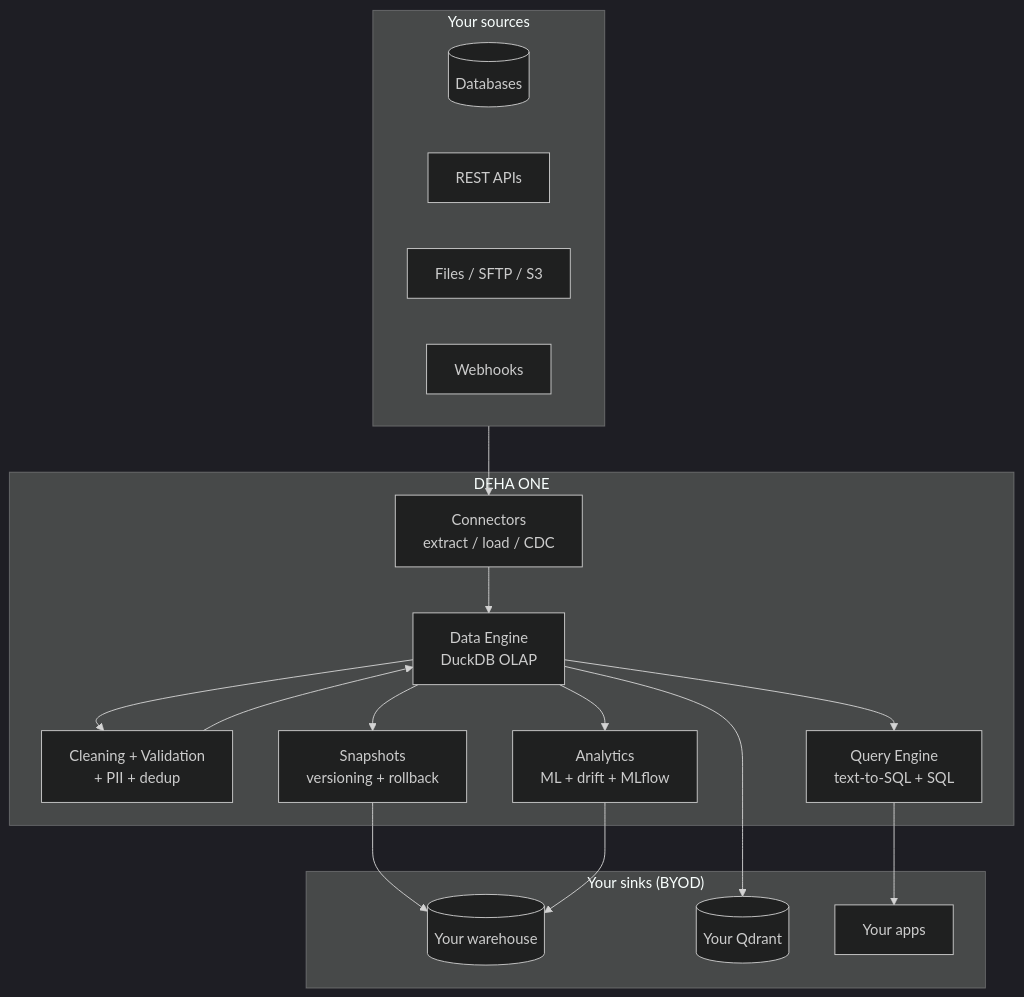
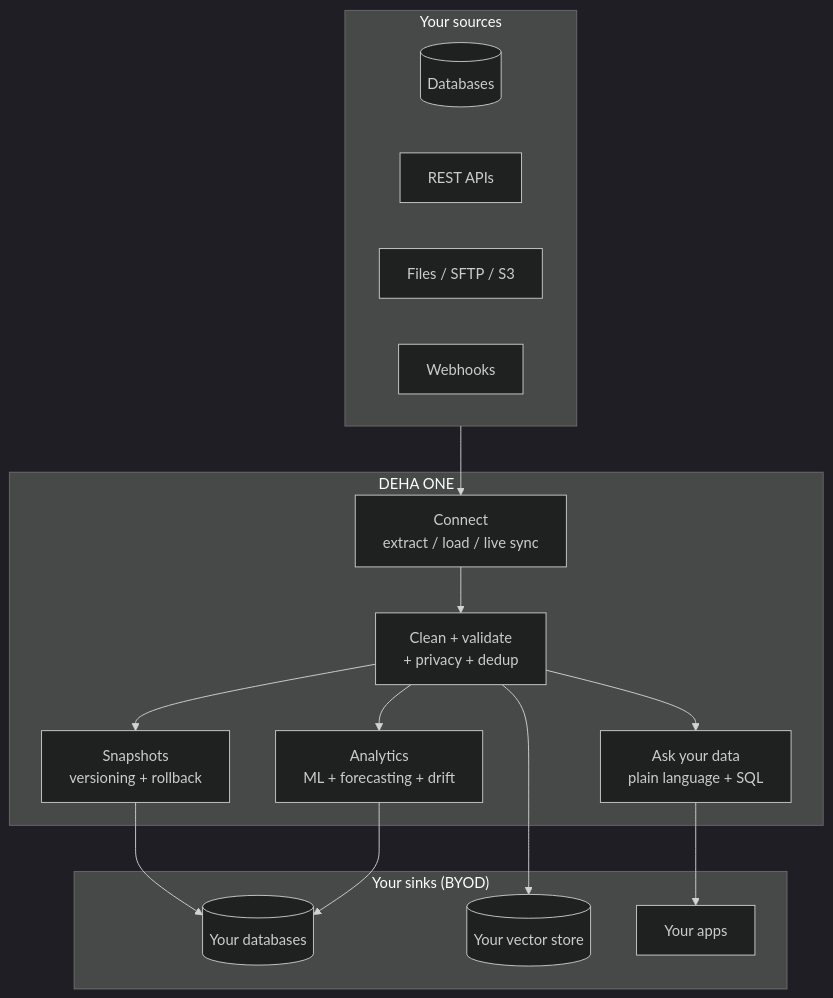
The diagram in data/overview.mdx (marmancakbay/mintlify-docs), drawn with Mermaid (dark theme) before and after one commit. The commit also changed other lines of this file and 2065 other files, not shown here.

````diff
--- a/data/overview.mdx
+++ b/data/overview.mdx
@@ -49,34 +53,31 @@
 ```mermaid
 flowchart TB
     subgraph Sources["Your sources"]
         DB[(Databases)]
         API[REST APIs]
         Files[Files / SFTP / S3]
         Stream[Webhooks]
     end
 
     subgraph DEHA["DEHA ONE"]
-        Connector[Connectors<br/>extract / load / CDC]
-        Engine[Data Engine<br/>DuckDB OLAP]
-        Quality[Cleaning + Validation<br/>+ PII + dedup]
-        Query[Query Engine<br/>text-to-SQL + SQL]
-        Analytics[Analytics<br/>ML + drift + MLflow]
+        Connect[Connect<br/>extract / load / live sync]
+        Quality[Clean + validate<br/>+ privacy + dedup]
+        Ask[Ask your data<br/>plain language + SQL]
+        Analytics[Analytics<br/>ML + forecasting + drift]
         Snapshot[Snapshots<br/>versioning + rollback]
     end
 
     subgraph Sinks["Your sinks (BYOD)"]
-        Warehouse[(Your warehouse)]
-        Vector[(Your Qdrant)]
+        Warehouse[(Your databases)]
+        Vector[(Your vector store)]
         Apps[Your apps]
     end
 
-    Sources --> Connector --> Engine
-    Engine --> Quality --> Engine
-    Engine --> Query
-    Engine --> Analytics
-    Engine --> Snapshot
+    Sources --> Connect --> Quality --> Ask
+    Quality --> Analytics
+    Quality --> Snapshot
     Snapshot --> Warehouse
     Analytics --> Warehouse
-    Query --> Apps
-    Engine --> Vector
+    Ask --> Apps
+    Quality --> Vector
 ```
````
